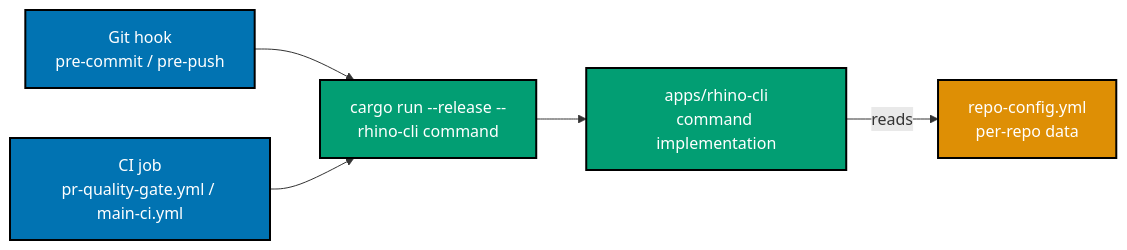
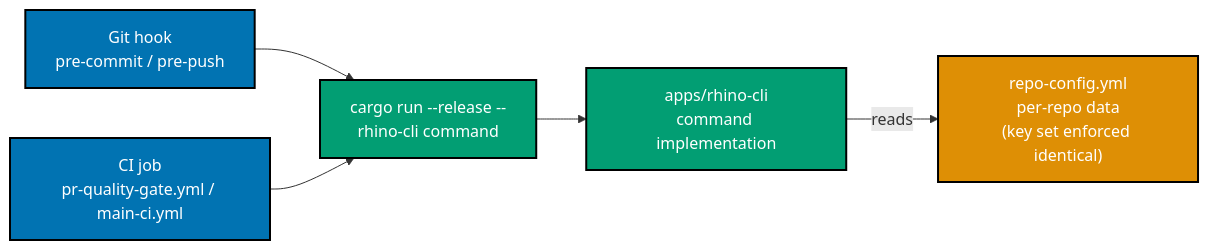
Before and after one commit to wahidyankf/baseerah: the third of 3 diagrams in plans/in-progress/unify-rhino-cli-sdlc-parity/tech-docs.md, drawn with Mermaid. The commit also changed other lines of this file and 4 other files, not shown here.

````diff
--- a/plans/in-progress/unify-rhino-cli-sdlc-parity/tech-docs.md
+++ b/plans/in-progress/unify-rhino-cli-sdlc-parity/tech-docs.md
@@ -296,18 +360,18 @@
 ```mermaid
 %% Color Palette: Blue #0173B2, Teal #029E73, Orange #DE8F05 — color-blind friendly, WCAG AA
 flowchart LR
     A["Git hook<br/>pre-commit / pre-push"]:::blue
     B["CI job<br/>pr-quality-gate.yml / main-ci.yml"]:::blue
     C["cargo run --release --<br/>rhino-cli command"]:::teal
     D["apps/rhino-cli<br/>command implementation"]:::teal
-    E["repo-config.yml<br/>per-repo data"]:::orange
+    E["repo-config.yml<br/>per-repo data<br/>(key set enforced identical)"]:::orange
 
     A --> C
     B --> C
     C --> D
     D -->|reads| E
 
     classDef blue fill:#0173B2,stroke:#000000,color:#FFFFFF,stroke-width:2px
     classDef teal fill:#029E73,stroke:#000000,color:#FFFFFF,stroke-width:2px
     classDef orange fill:#DE8F05,stroke:#000000,color:#FFFFFF,stroke-width:2px
 ```
````
